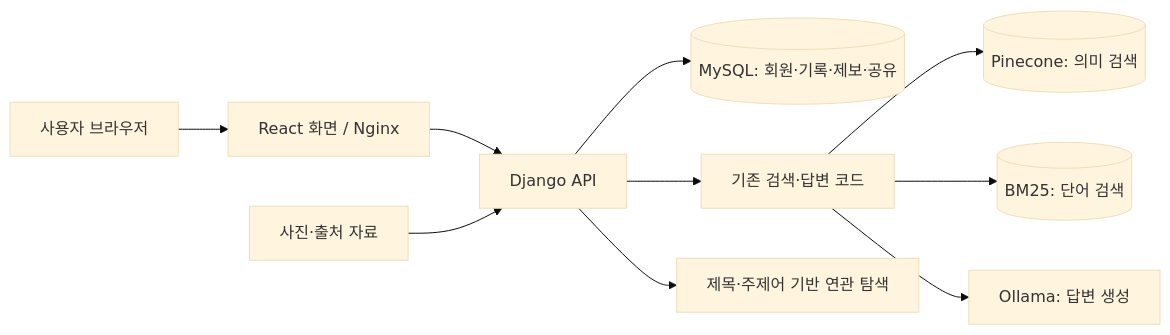
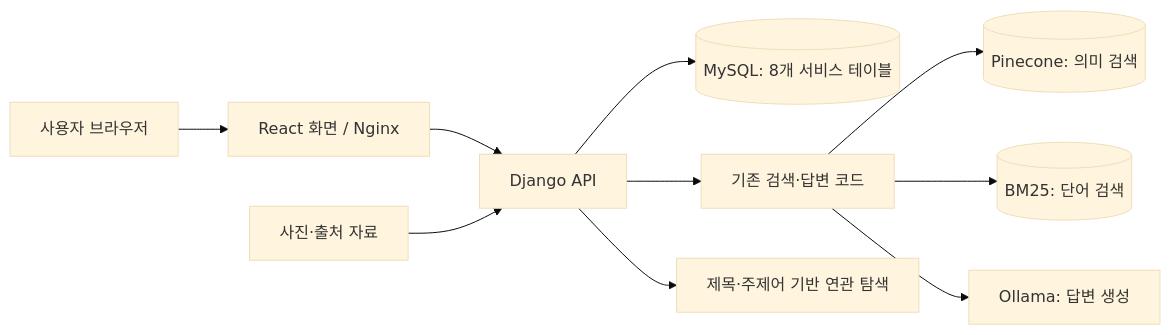
The second of 2 diagrams in README.md (SpicyAutumn/SKN33-4th-1Team), drawn with Mermaid (base theme) before and after one commit. The commit also changed other lines of this file and 10 other files, not shown here.

Commit message:
docs: align final deliverables with current service schema

````diff
--- a/README.md
+++ b/README.md
@@ -61,12 +61,12 @@
 ```mermaid
 flowchart LR
     U["사용자 브라우저"] --> W["React 화면 / Nginx"]
     W --> A["Django API"]
-    A --> DB[("MySQL: 회원·기록·제보·공유")]
+    A --> DB[("MySQL: 8개 서비스 테이블")]
     A --> R["기존 검색·답변 코드"]
     R --> V[("Pinecone: 의미 검색")]
     R --> K[("BM25: 단어 검색")]
     R --> L["Ollama: 답변 생성"]
     M["사진·출처 자료"] --> A
     A --> N["제목·주제어 기반 연관 탐색"]
 ```
````
